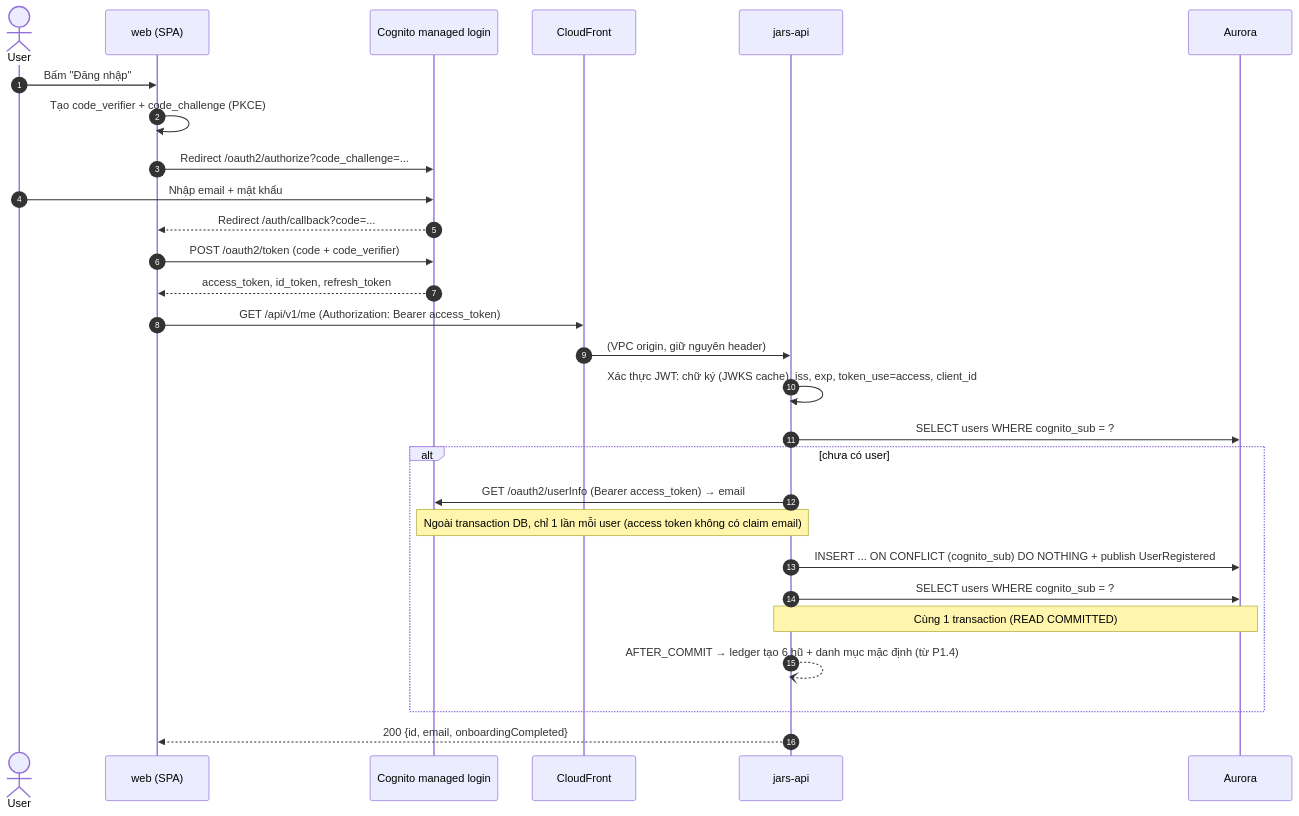
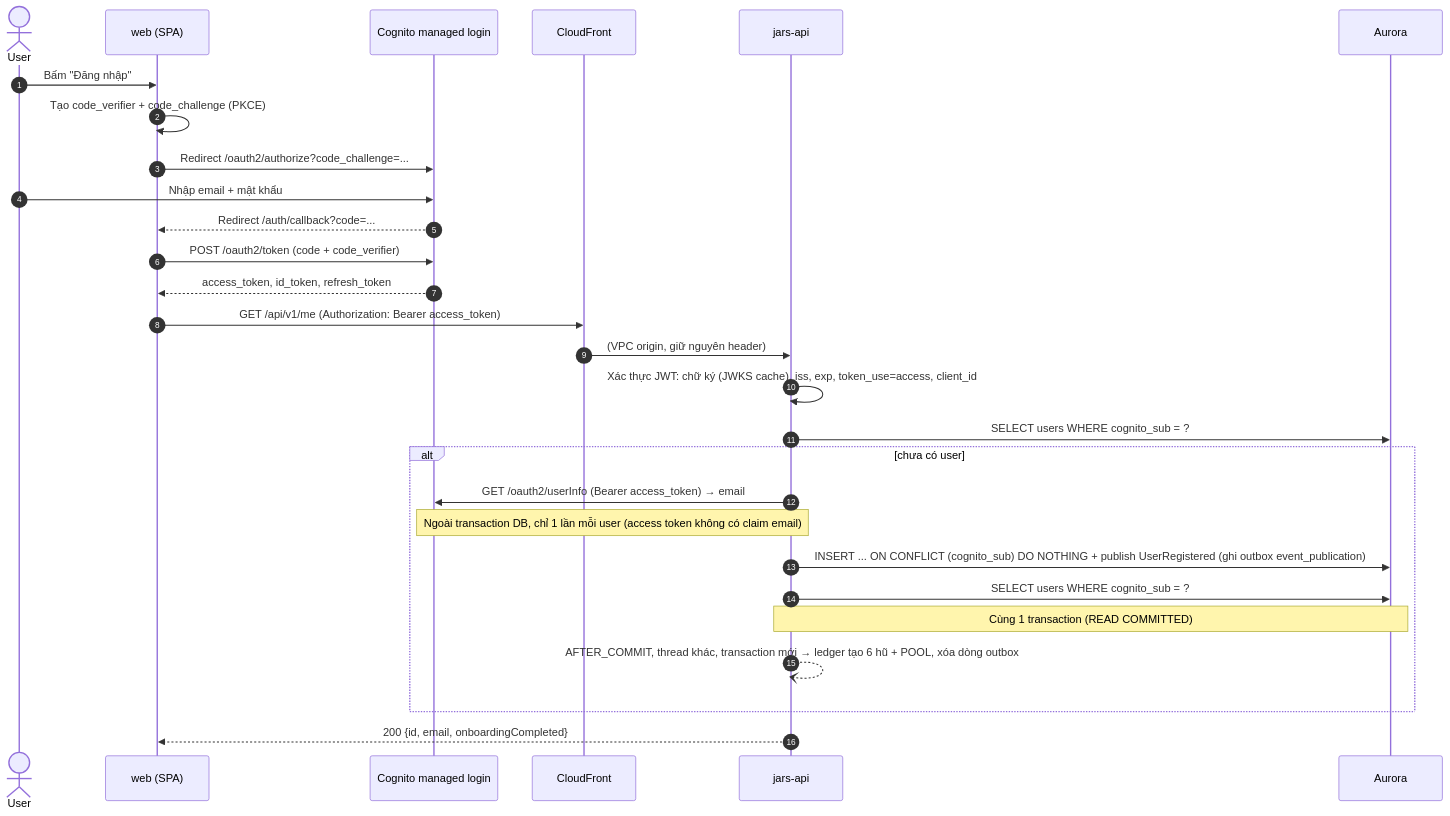
Before and after one commit to thphuc06/jar-platform: the first of 9 diagrams in docs/02-architecture/flows.md, drawn with Mermaid. The commit also changed other lines of this file and 26 other files, not shown here.

First line of the commit message:
feat(ledger): default jars on UserRegistered via Modulith JDBC outbox (P1.4)

````diff
--- a/docs/02-architecture/flows.md
+++ b/docs/02-architecture/flows.md
@@ -21,31 +21,31 @@
 ```mermaid
 sequenceDiagram
     autonumber
     actor U as User
     participant W as web (SPA)
     participant C as Cognito managed login
     participant CF as CloudFront
     participant API as jars-api
     participant DB as Aurora
 
     U->>W: Bấm "Đăng nhập"
     W->>W: Tạo code_verifier + code_challenge (PKCE)
     W->>C: Redirect /oauth2/authorize?code_challenge=...
     U->>C: Nhập email + mật khẩu
     C-->>W: Redirect /auth/callback?code=...
     W->>C: POST /oauth2/token (code + code_verifier)
     C-->>W: access_token, id_token, refresh_token
     W->>CF: GET /api/v1/me (Authorization: Bearer access_token)
     CF->>API: (VPC origin, giữ nguyên header)
     API->>API: Xác thực JWT: chữ ký (JWKS cache), iss, exp, token_use=access, client_id
     API->>DB: SELECT users WHERE cognito_sub = ?
     alt chưa có user
         API->>C: GET /oauth2/userInfo (Bearer access_token) → email
         Note over API,C: Ngoài transaction DB, chỉ 1 lần mỗi user (access token không có claim email)
-        API->>DB: INSERT ... ON CONFLICT (cognito_sub) DO NOTHING + publish UserRegistered
+        API->>DB: INSERT ... ON CONFLICT (cognito_sub) DO NOTHING + publish UserRegistered (ghi outbox event_publication)
         API->>DB: SELECT users WHERE cognito_sub = ?
         Note over API,DB: Cùng 1 transaction (READ COMMITTED)
-        API--)API: AFTER_COMMIT → ledger tạo 6 hũ + danh mục mặc định (từ P1.4)
+        API--)API: AFTER_COMMIT, thread khác, transaction mới → ledger tạo 6 hũ + POOL, xóa dòng outbox
     end
     API-->>W: 200 {id, email, onboardingCompleted}
 ```
````
